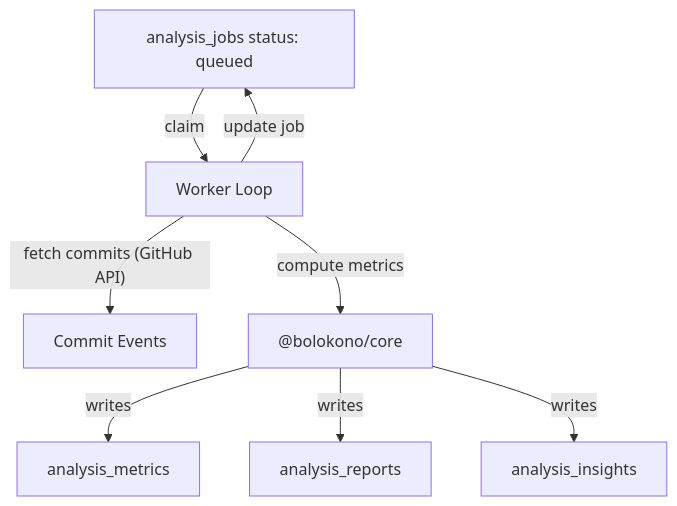
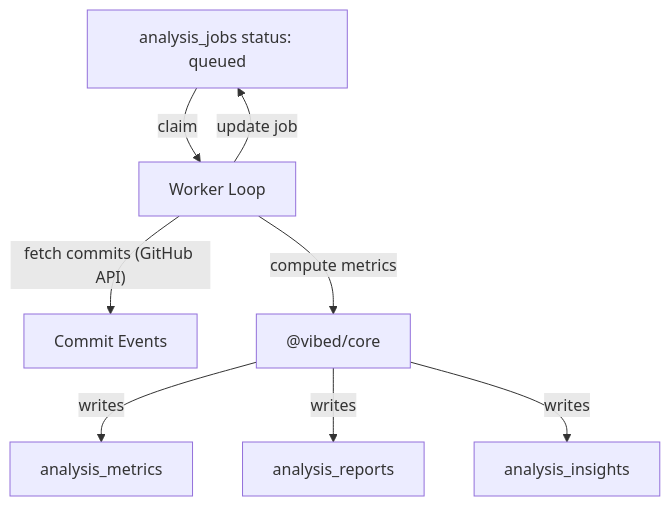
One commit to devakone/vibe-coding-profiler changed the second of 2 diagrams in docs/architecture/overview.md. Above: the diagram before and after it, drawn with Mermaid. The commit also changed other lines of this file and 33 other files, not shown here.

First line of the commit message:
feat: rebrand from Bolokono to Vibed Coding

````diff
--- a/docs/architecture/overview.md
+++ b/docs/architecture/overview.md
@@ -51,10 +51,10 @@
 ```mermaid
 graph TD
     JobQueue["analysis_jobs status: queued"] -->|"claim"| Worker["Worker Loop"]
     Worker -->|"fetch commits (GitHub API)"| CommitData["Commit Events"]
-    Worker -->|"compute metrics"| Core["@bolokono/core"]
+    Worker -->|"compute metrics"| Core["@vibed/core"]
     Core -->|"writes"| Metrics["analysis_metrics"]
     Core -->|"writes"| Narrative["analysis_reports"]
     Core -->|"writes"| Insights["analysis_insights"]
     Worker -->|"update job"| JobQueue
 ```
````
